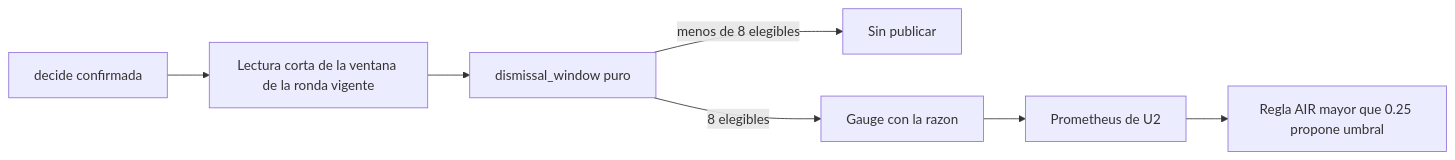
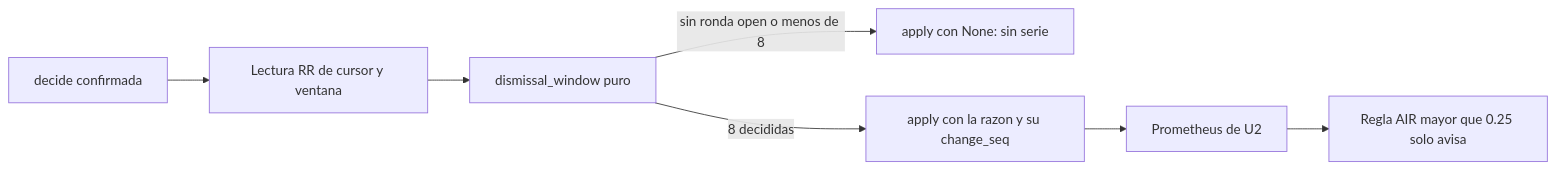
Before and after one commit to freyesJaveriana/tai: the diagram in aidlc/spaces/default/intents/261002-veridicus-mvp/construction/human-review/nfr-design/observability-design.md, drawn with Mermaid. The commit also changed other lines of this file and 10 other files, not shown here.

````diff
--- a/aidlc/spaces/default/intents/261002-veridicus-mvp/construction/human-review/nfr-design/observability-design.md
+++ b/aidlc/spaces/default/intents/261002-veridicus-mvp/construction/human-review/nfr-design/observability-design.md
@@ -46,9 +58,9 @@
 ```mermaid
 flowchart LR
-  D[decide confirmada] --> Q[Lectura corta de la ventana de la ronda vigente]
+  D[decide confirmada] --> Q[Lectura RR de cursor y ventana]
   Q --> W[dismissal_window puro]
-  W -- menos de 8 elegibles --> S[Sin publicar]
-  W -- 8 elegibles --> G[Gauge con la razon]
+  W -- sin ronda open o menos de 8 --> X[apply con None: sin serie]
+  W -- 8 decididas --> G[apply con la razon y su change_seq]
   G --> P[Prometheus de U2]
-  P --> R[Regla AIR mayor que 0.25 propone umbral]
+  P --> R[Regla AIR mayor que 0.25 solo avisa]
 ```
````
